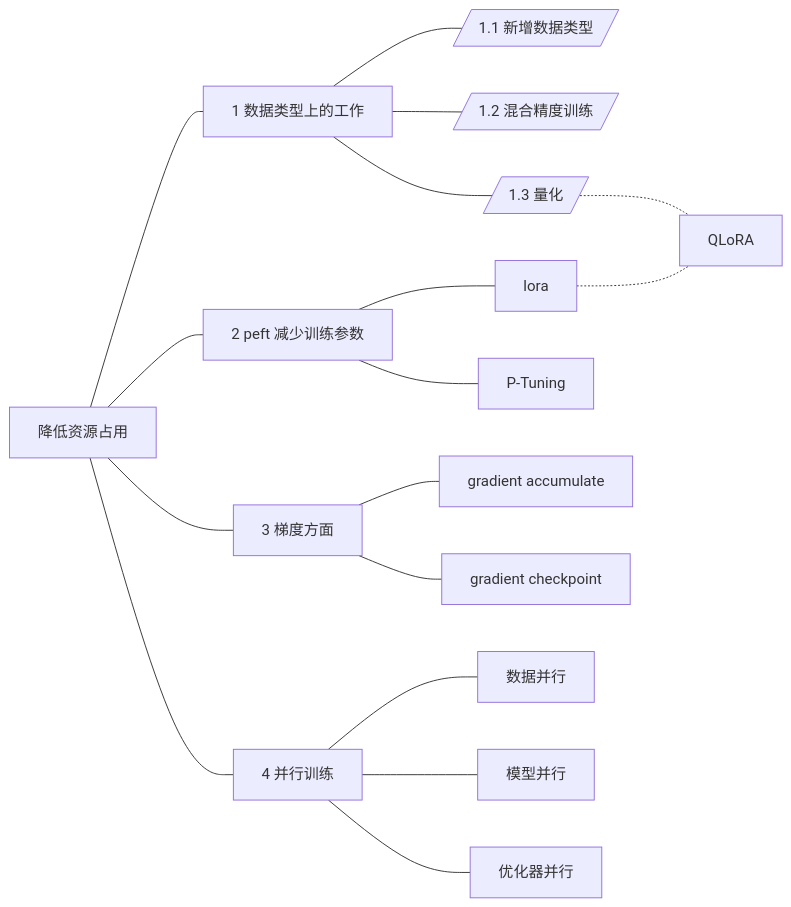
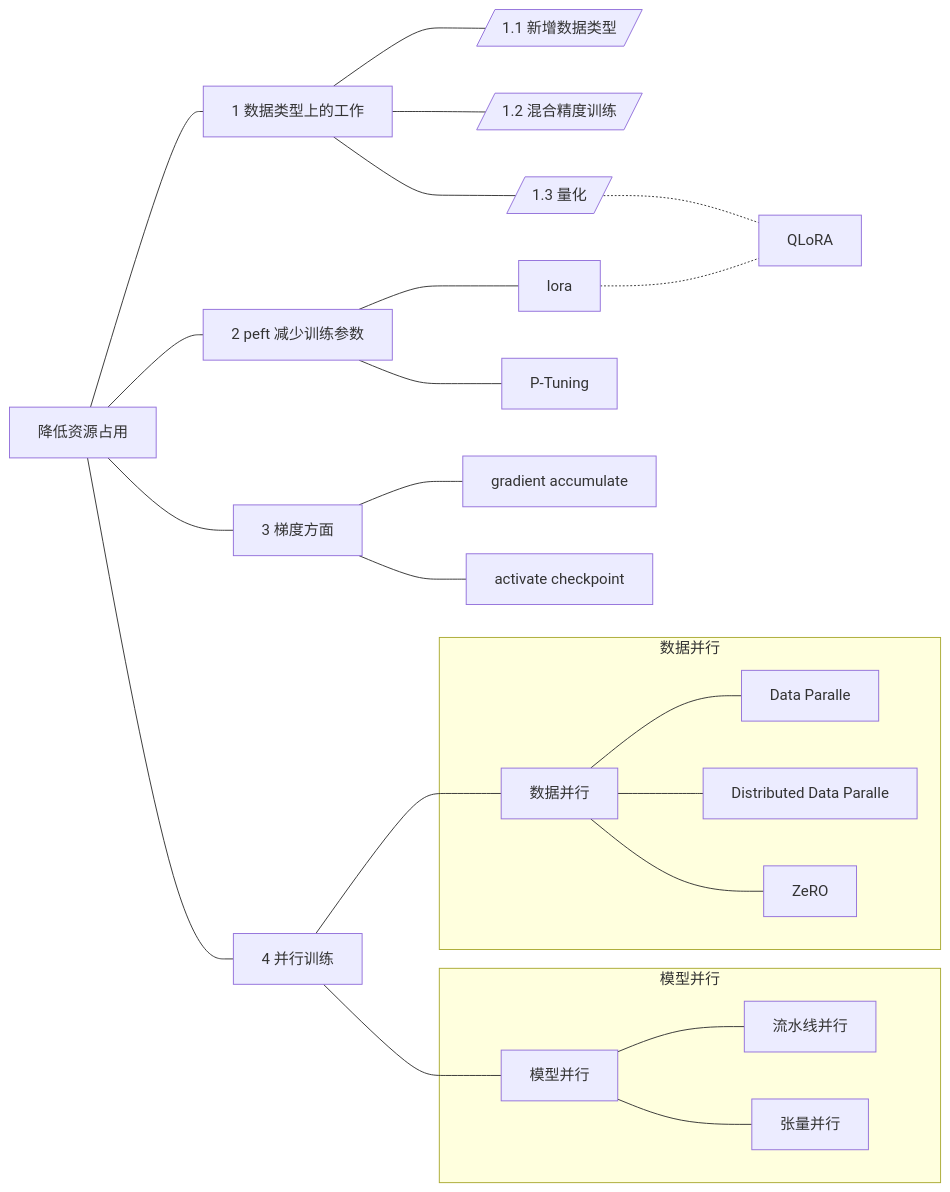
Before and after one commit to YanLin-Git/note: the diagram in LLM/降低资源占用/README.md, drawn with Mermaid. The commit also changed other lines of this file, not shown here.

Commit message:
LLM的并行训练，重新整理框架

````diff
--- a/LLM/降低资源占用/README.md
+++ b/LLM/降低资源占用/README.md
@@ -6,27 +6,39 @@
 ```mermaid
 graph LR
     source[降低资源占用]
     data[1 数据类型上的工作]
     add[/1.1 新增数据类型/]
     mix[/1.2 混合精度训练/]
     quanti[/1.3 量化/]
     peft[2 peft 减少训练参数]
     lora[lora]
     PT[P-Tuning]
     QLoRA[QLoRA]
     g[3 梯度方面]
     ga[gradient accumulate]
-    gc[gradient checkpoint]
+    ac[activate checkpoint]
     paralle[4 并行训练]
-    DP[数据并行]
-    MP[模型并行]
-    OP[优化器并行]
+    DataParalle[数据并行]
+    dp[Data Paralle]
+    ddp[Distributed Data Paralle]
+    ZeRO[ZeRO]
+    ModelParalle[模型并行]
+    Gpipe[流水线并行]
+    Megatron[张量并行]
 
     source --- data & peft & g & paralle
     data --- add & mix & quanti
     peft --- lora & PT
     quanti & lora -.- QLoRA
-    g --- ga & gc
-    paralle --- DP & MP & OP
+    g --- ga & ac
+    paralle --- DataParalle & ModelParalle
+
+    subgraph 数据并行
+        DataParalle --- dp & ddp & ZeRO
+    end
+
+    subgraph 模型并行
+        ModelParalle --- Gpipe & Megatron
+    end
 
 ```
````
